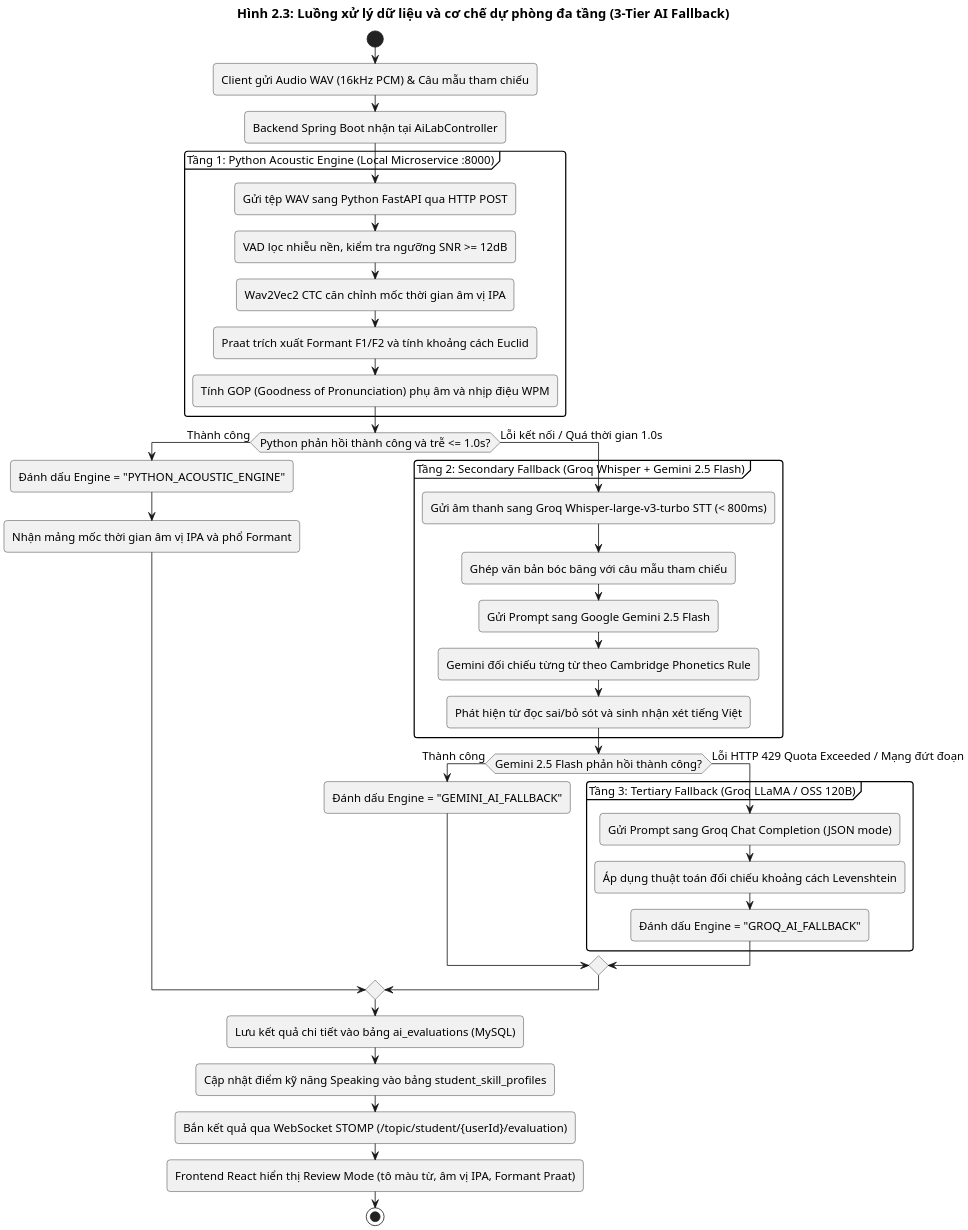
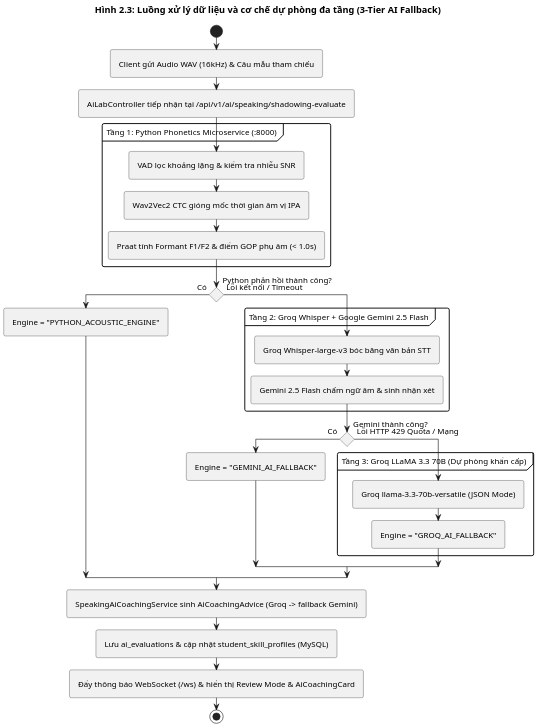
Before and after one commit to TrungPham1126/englishlearning: the diagram in plantuml_diagrams/Hinh_2_3_Luong_xu_ly_du_lieu_va_3_Tier_AI_Fallback.puml, drawn with PlantUML. The commit also changed 126 other files, not shown here.

First line of the commit message:
feat: cải thiện luyện nói, chấm điểm Speaking và trải nghiệm làm bài

```diff
--- a/plantuml_diagrams/Hinh_2_3_Luong_xu_ly_du_lieu_va_3_Tier_AI_Fallback.puml
+++ b/plantuml_diagrams/Hinh_2_3_Luong_xu_ly_du_lieu_va_3_Tier_AI_Fallback.puml
@@ -1,50 +1,46 @@
 @startuml Hinh_2_3_Luong_xu_ly_du_lieu_va_3_Tier_AI_Fallback
+skinparam ConditionStyle diamond
 title Hình 2.3: Luồng xử lý dữ liệu và cơ chế dự phòng đa tầng (3-Tier AI Fallback)
-skinparam dpi 200
+skinparam dpi 150
 skinparam monochrome true
 skinparam shadowing false
+skinparam backgroundColor #FFFFFF
 skinparam defaultFontName Arial
-skinparam defaultFontSize 14
-skinparam titleFontSize 16
-skinparam roundcorner 8
+skinparam defaultFontSize 13
+skinparam titleFontSize 15
+skinparam titleFontStyle bold
+skinparam roundcorner 6
+skinparam padding 4
+skinparam ConditionEndStyle hline
+start
+:Client gửi Audio WAV (16kHz) & Câu mẫu tham chiếu;
+:AiLabController tiếp nhận tại /api/v1/ai/speaking/shadowing-evaluate;
 
-start
-:Client gửi Audio WAV (16kHz PCM) & Câu mẫu tham chiếu;
-:Backend Spring Boot nhận tại AiLabController;
-
-partition "Tầng 1: Python Acoustic Engine (Local Microservice :8000)" {
-    :Gửi tệp WAV sang Python FastAPI qua HTTP POST;
-    :VAD lọc nhiễu nền, kiểm tra ngưỡng SNR >= 12dB;
-    :Wav2Vec2 CTC căn chỉnh mốc thời gian âm vị IPA;
-    :Praat trích xuất Formant F1/F2 và tính khoảng cách Euclid;
-    :Tính GOP (Goodness of Pronunciation) phụ âm và nhịp điệu WPM;
+partition "Tầng 1: Python Phonetics Microservice (:8000)" {
+    :VAD lọc khoảng lặng & kiểm tra nhiễu SNR;
+    :Wav2Vec2 CTC gióng mốc thời gian âm vị IPA;
+    :Praat tính Formant F1/F2 & điểm GOP phụ âm (< 1.0s);
 }
 
-if (Python phản hồi thành công và trễ <= 1.0s?) then (Thành công)
-    :Đánh dấu Engine = "PYTHON_ACOUSTIC_ENGINE";
-    :Nhận mảng mốc thời gian âm vị IPA và phổ Formant;
-else (Lỗi kết nối / Quá thời gian 1.0s)
-    partition "Tầng 2: Secondary Fallback (Groq Whisper + Gemini 2.5 Flash)" {
-        :Gửi âm thanh sang Groq Whisper-large-v3-turbo STT (< 800ms);
-        :Ghép văn bản bóc băng với câu mẫu tham chiếu;
-        :Gửi Prompt sang Google Gemini 2.5 Flash;
-        :Gemini đối chiếu từng từ theo Cambridge Phonetics Rule;
-        :Phát hiện từ đọc sai/bỏ sót và sinh nhận xét tiếng Việt;
+if (Python phản hồi thành công?) then (Có)
+    :Engine = "PYTHON_ACOUSTIC_ENGINE";
+else (Lỗi kết nối / Timeout)
+    partition "Tầng 2: Groq Whisper + Google Gemini 2.5 Flash" {
+        :Groq Whisper-large-v3 bóc băng văn bản STT;
+        :Gemini 2.5 Flash chấm ngữ âm & sinh nhận xét;
     }
-    if (Gemini 2.5 Flash phản hồi thành công?) then (Thành công)
-        :Đánh dấu Engine = "GEMINI_AI_FALLBACK";
-    else (Lỗi HTTP 429 Quota Exceeded / Mạng đứt đoạn)
-        partition "Tầng 3: Tertiary Fallback (Groq LLaMA / OSS 120B)" {
-            :Gửi Prompt sang Groq Chat Completion (JSON mode);
-            :Áp dụng thuật toán đối chiếu khoảng cách Levenshtein;
-            :Đánh dấu Engine = "GROQ_AI_FALLBACK";
+    if (Gemini thành công?) then (Có)
+        :Engine = "GEMINI_AI_FALLBACK";
+    else (Lỗi HTTP 429 Quota / Mạng)
+        partition "Tầng 3: Groq LLaMA 3.3 70B (Dự phòng khẩn cấp)" {
+            :Groq llama-3.3-70b-versatile (JSON Mode);
+            :Engine = "GROQ_AI_FALLBACK";
         }
     endif
 endif
 
-:Lưu kết quả chi tiết vào bảng ai_evaluations (MySQL);
-:Cập nhật điểm kỹ năng Speaking vào bảng student_skill_profiles;
-:Bắn kết quả qua WebSocket STOMP (/topic/student/{userId}/evaluation);
-:Frontend React hiển thị Review Mode (tô màu từ, âm vị IPA, Formant Praat);
+:SpeakingAiCoachingService sinh AiCoachingAdvice (Groq -> fallback Gemini);
+:Lưu ai_evaluations & cập nhật student_skill_profiles (MySQL);
+:Đẩy thông báo WebSocket (/ws) & hiển thị Review Mode & AiCoachingCard;
 stop
 @enduml
```
